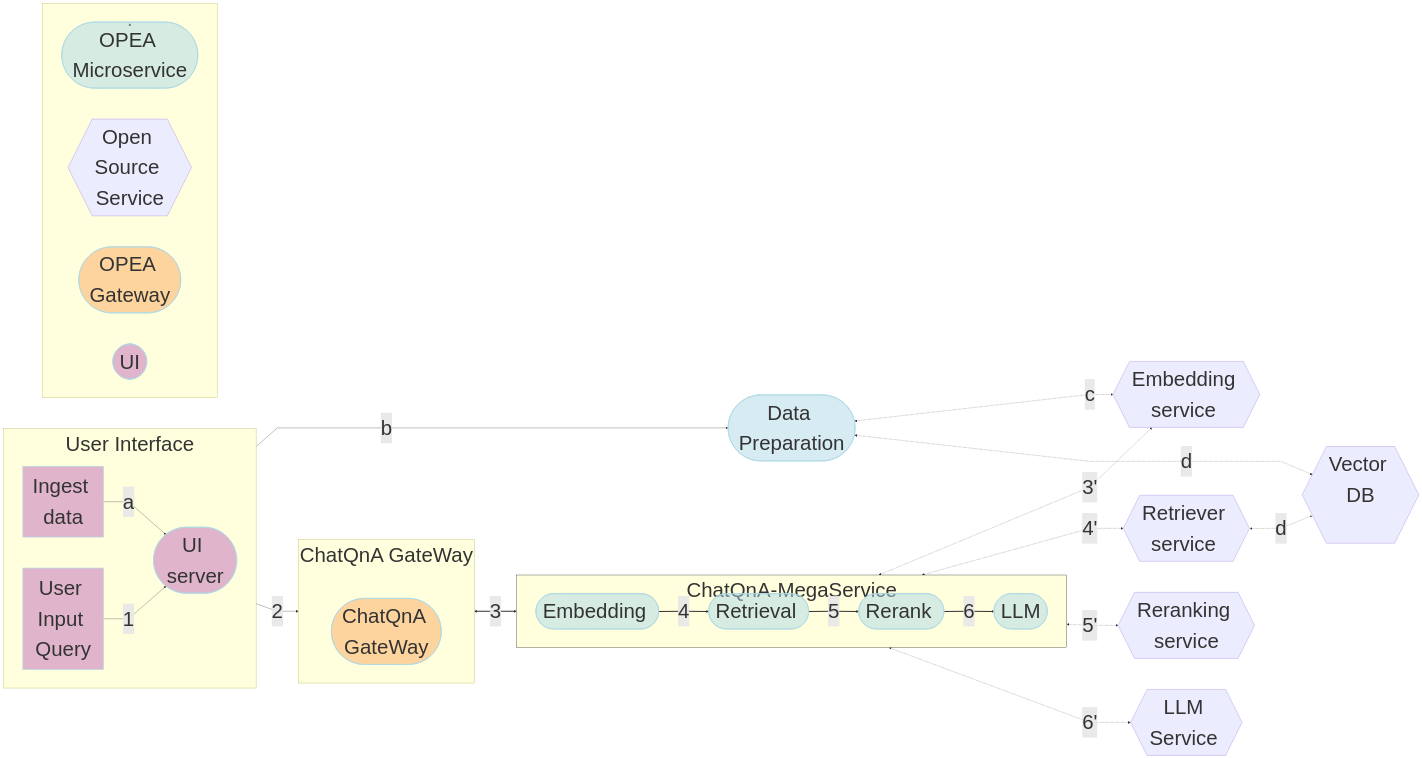
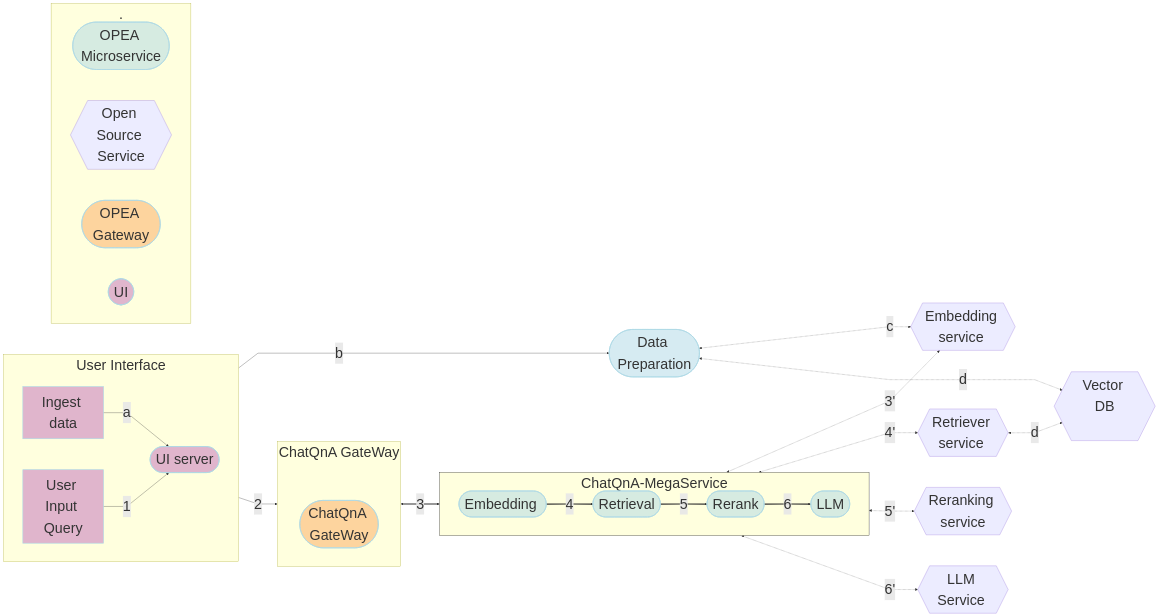
The diagram in ChatQnA/README.md (ctao456/GenAIExamples), drawn with Mermaid before and after one commit.

```diff
--- a/ChatQnA/README.md
+++ b/ChatQnA/README.md
@@ -20,7 +20,7 @@
     curve: linear
     useMaxWidth: true
   themeVariables:
-    fontSize: 66px
+    fontSize: 46px
 ---
 
 flowchart LR
```
